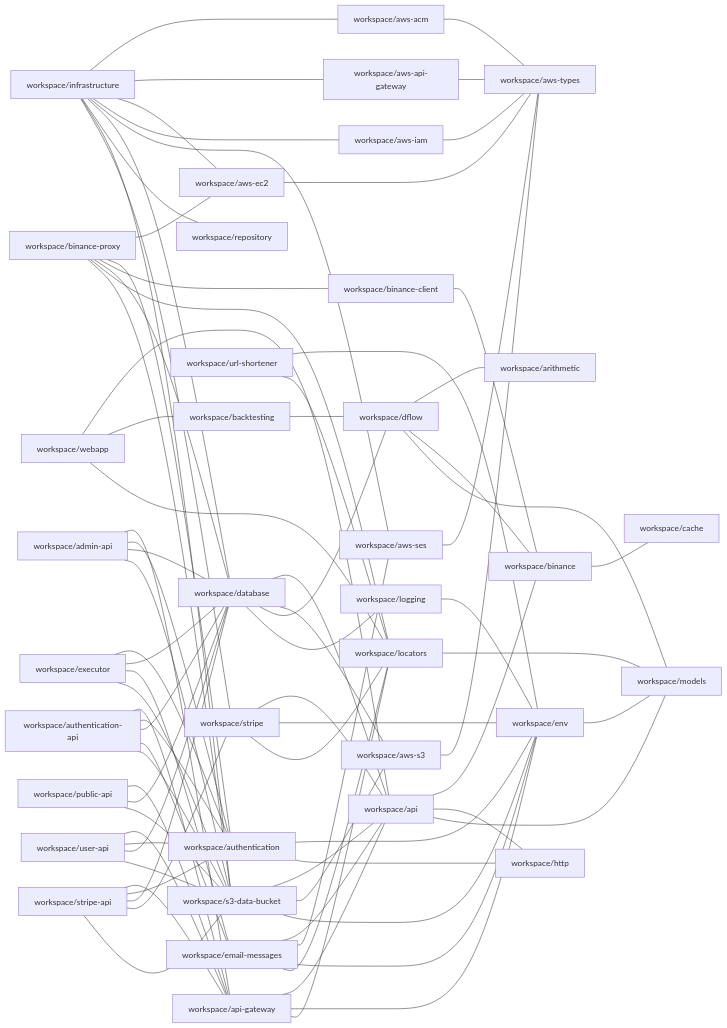
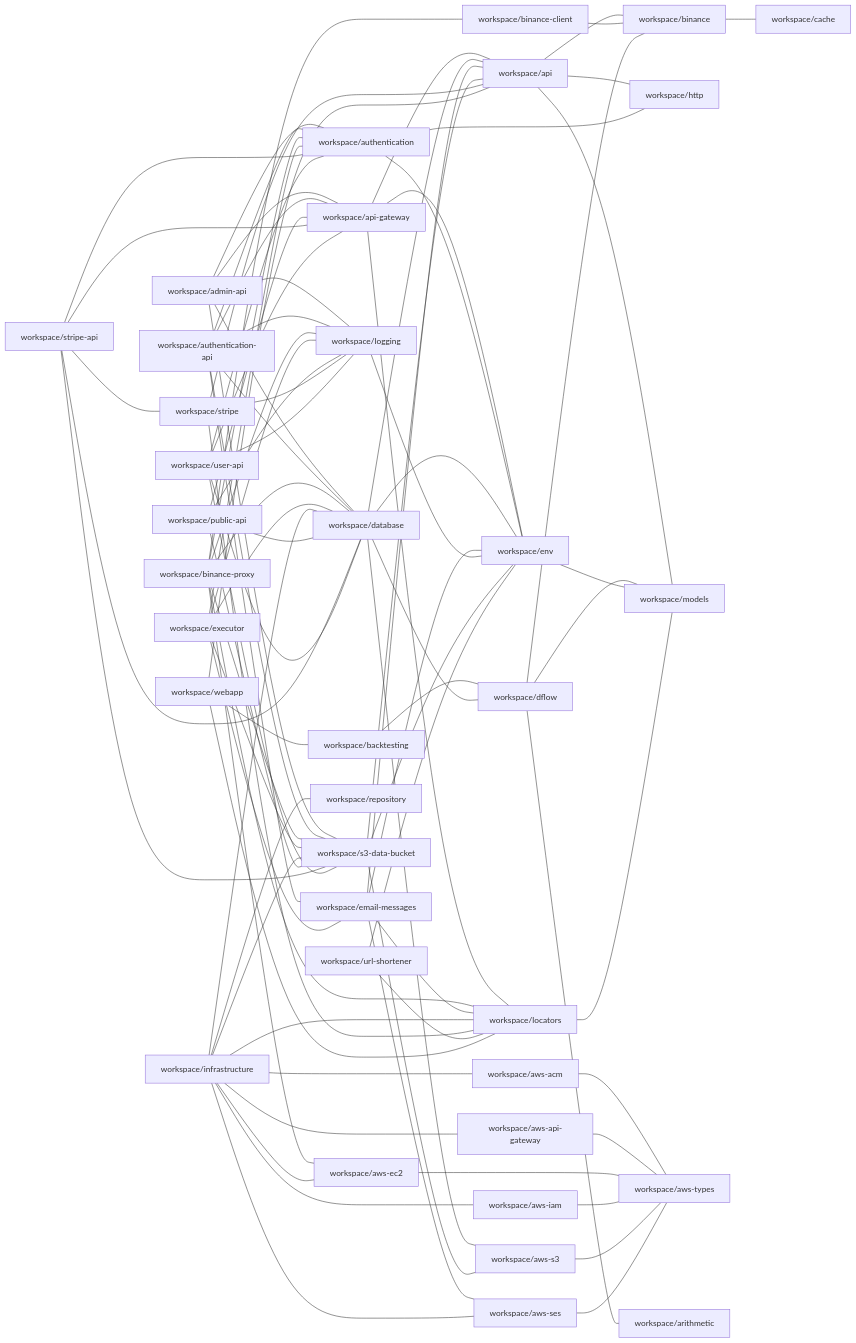
The diagram in repository/docs/npm-dependencies.md (ggbot-org/ggbot), drawn with Mermaid before and after one commit. The commit also changed 6 other files, not shown here.

```diff
--- a/repository/docs/npm-dependencies.md
+++ b/repository/docs/npm-dependencies.md
@@ -7,6 +7,7 @@
     workspace/admin-api --- workspace/api-gateway
     workspace/admin-api --- workspace/authentication
     workspace/admin-api --- workspace/database
+    workspace/admin-api --- workspace/logging
     workspace/admin-api --- workspace/s3-data-bucket
     workspace/api --- workspace/binance
     workspace/api --- workspace/http
@@ -20,6 +21,7 @@
     workspace/authentication-api --- workspace/authentication
     workspace/authentication-api --- workspace/database
     workspace/authentication-api --- workspace/email-messages
+    workspace/authentication-api --- workspace/logging
     workspace/authentication-api --- workspace/s3-data-bucket
     workspace/aws-acm --- workspace/aws-types
     workspace/aws-api-gateway --- workspace/aws-types
@@ -35,11 +37,12 @@
     workspace/binance-proxy --- workspace/binance-client
     workspace/binance-proxy --- workspace/database
     workspace/binance-proxy --- workspace/locators
+    workspace/binance-proxy --- workspace/logging
     workspace/binance-proxy --- workspace/s3-data-bucket
     workspace/database --- workspace/api
     workspace/database --- workspace/aws-s3
     workspace/database --- workspace/dflow
-    workspace/database --- workspace/logging
+    workspace/database --- workspace/env
     workspace/dflow --- workspace/arithmetic
     workspace/dflow --- workspace/binance
     workspace/dflow --- workspace/models
@@ -51,6 +54,7 @@
     workspace/executor --- workspace/authentication
     workspace/executor --- workspace/database
     workspace/executor --- workspace/email-messages
+    workspace/executor --- workspace/logging
     workspace/executor --- workspace/s3-data-bucket
     workspace/infrastructure --- workspace/aws-acm
     workspace/infrastructure --- workspace/aws-api-gateway
@@ -58,20 +62,21 @@
     workspace/infrastructure --- workspace/aws-iam
     workspace/infrastructure --- workspace/aws-ses
     workspace/infrastructure --- workspace/database
+    workspace/infrastructure --- workspace/locators
     workspace/infrastructure --- workspace/repository
     workspace/infrastructure --- workspace/s3-data-bucket
-    workspace/infrastructure --- workspace/stripe
     workspace/locators --- workspace/models
     workspace/logging --- workspace/env
     workspace/public-api --- workspace/api-gateway
     workspace/public-api --- workspace/database
+    workspace/public-api --- workspace/logging
     workspace/public-api --- workspace/s3-data-bucket
     workspace/s3-data-bucket --- workspace/api
     workspace/s3-data-bucket --- workspace/aws-s3
     workspace/s3-data-bucket --- workspace/env
     workspace/stripe --- workspace/api
-    workspace/stripe --- workspace/env
     workspace/stripe --- workspace/locators
+    workspace/stripe --- workspace/logging
     workspace/stripe-api --- workspace/api-gateway
     workspace/stripe-api --- workspace/authentication
     workspace/stripe-api --- workspace/database
@@ -82,6 +87,7 @@
     workspace/user-api --- workspace/api-gateway
     workspace/user-api --- workspace/authentication
     workspace/user-api --- workspace/database
+    workspace/user-api --- workspace/logging
     workspace/user-api --- workspace/s3-data-bucket
     workspace/webapp --- workspace/api
     workspace/webapp --- workspace/backtesting
```
